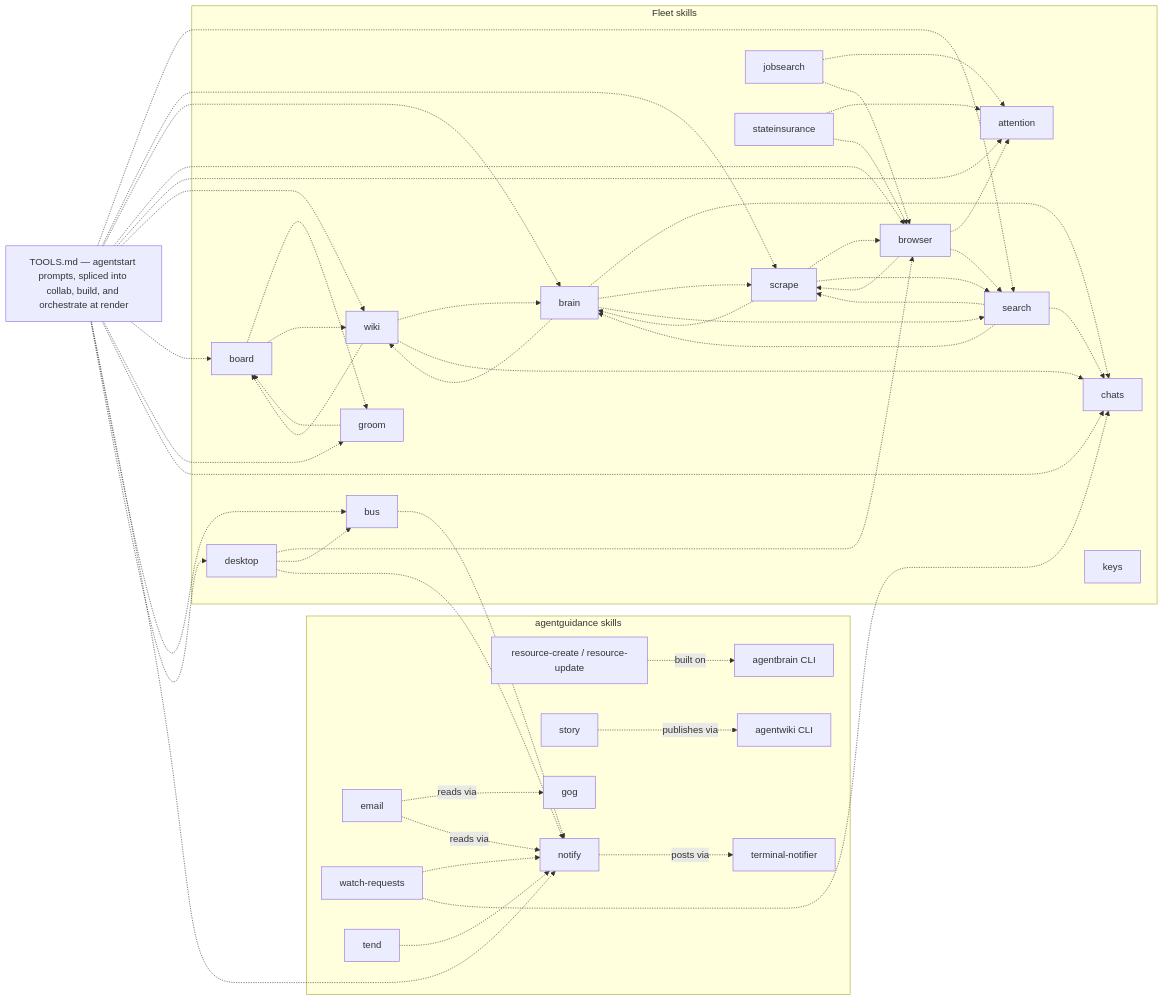
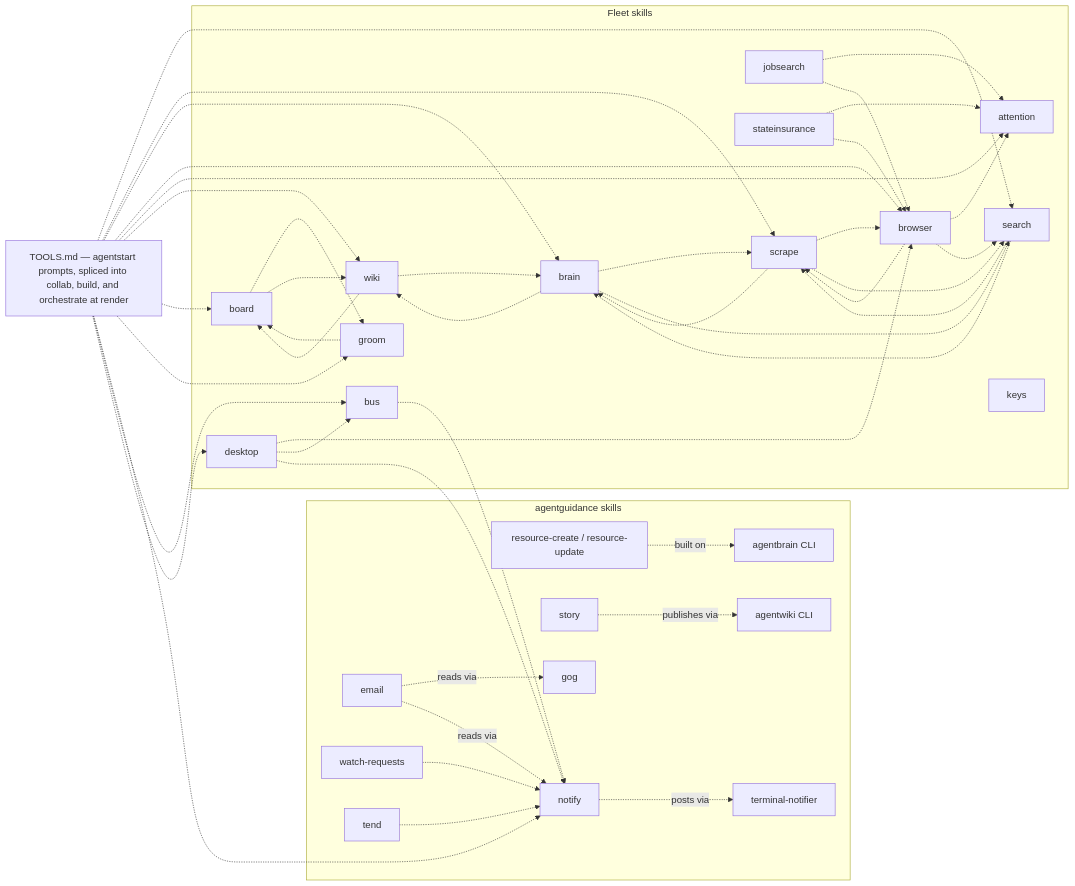
Before and after one commit to possibilities/agentstart: the third of 3 diagrams in skills/fleet/MAP.md, drawn with Mermaid. The commit also changed other lines of this file and 10 other files, not shown here.

````diff
--- a/skills/fleet/MAP.md
+++ b/skills/fleet/MAP.md
@@ -112,34 +109,32 @@
 ```mermaid
 flowchart LR
     subgraph fleetSkills [Fleet skills]
         board -.-> groom & wiki
         groom -.-> board
-        brain -.-> chats & scrape & search & wiki
+        brain -.-> scrape & search & wiki
         scrape -.-> brain & browser & search
-        search -.-> brain & chats & scrape
+        search -.-> brain & scrape
         browser -.-> attention & scrape & search
         attention
         jobsearch -.-> attention & browser
         stateinsurance -.-> attention & browser
-        wiki -.-> board & brain & chats
+        wiki -.-> board & brain
         desktop -.-> browser & bus
-        chats
         keys
         bus
     end
 
     subgraph guidanceSkills [agentguidance skills]
         resource[resource-create / resource-update] -.->|built on| brainCli[agentbrain CLI]
         story -.->|publishes via| wikiCli[agentwiki CLI]
         notify -.->|posts via| notifierCli[terminal-notifier]
         email -.->|reads via| gogCli[gog] & notify
         watchRequests[watch-requests] -.-> notify
         tend[tend] -.-> notify
     end
 
-    watchRequests -.-> chats
     bus -.-> notify
     desktop -.-> notify
 
-    tools[TOOLS.md — agentstart prompts, spliced into collab, build, and orchestrate at render] -.-> search & scrape & brain & browser & attention & wiki & board & groom & chats & notify & bus & desktop
+    tools[TOOLS.md — agentstart prompts, spliced into collab, build, and orchestrate at render] -.-> search & scrape & brain & browser & attention & wiki & board & groom & notify & bus & desktop
 ```
````
